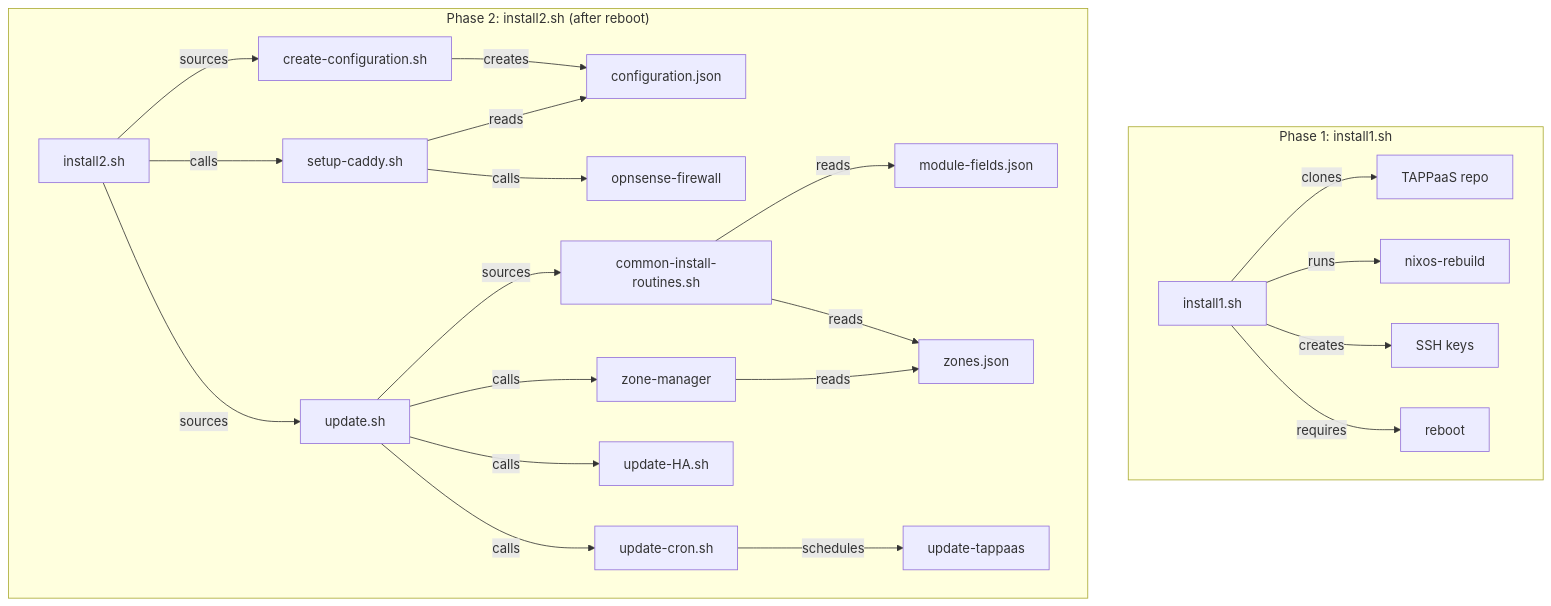
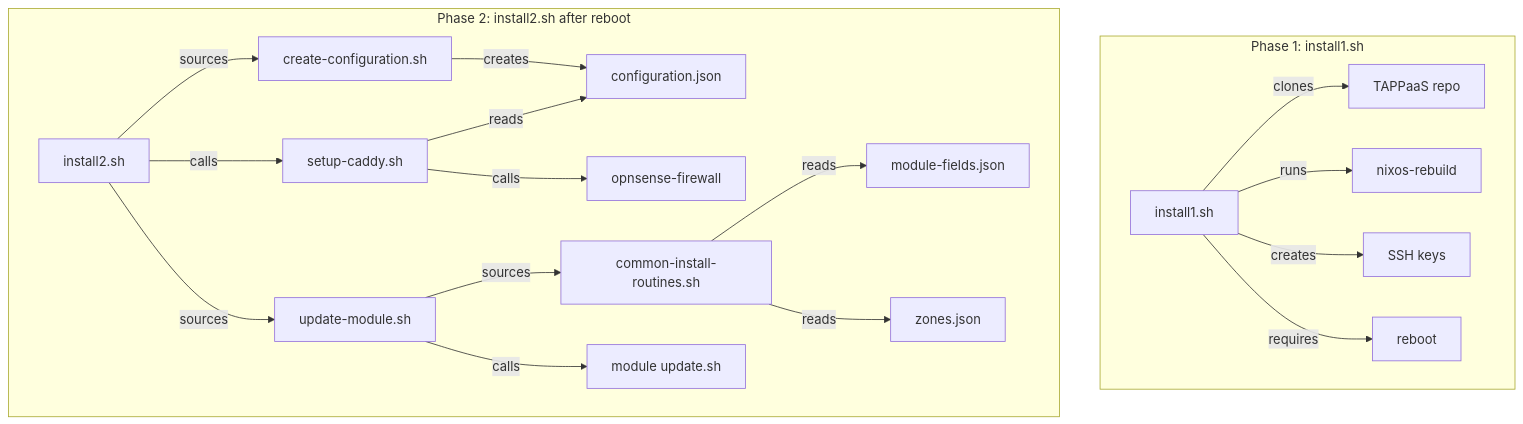
The first of 8 diagrams in src/foundation/DEPENDENCIES.md (TAPPaaS/TAPPaaS), drawn with Mermaid before and after one commit. The commit also changed other lines of this file and 17 other files, not shown here.

````diff
--- a/src/foundation/DEPENDENCIES.md
+++ b/src/foundation/DEPENDENCIES.md
@@ -74,32 +65,26 @@
 ```mermaid
 graph TD
     subgraph "Phase 1: install1.sh"
         A[install1.sh] -->|clones| B[TAPPaaS repo]
         A -->|runs| C[nixos-rebuild]
         A -->|creates| D[SSH keys]
         A -->|requires| E[reboot]
     end
 
-    subgraph "Phase 2: install2.sh (after reboot)"
+    subgraph "Phase 2: install2.sh after reboot"
         F[install2.sh] -->|sources| G[create-configuration.sh]
         F -->|calls| H[setup-caddy.sh]
-        F -->|sources| I[update.sh]
+        F -->|sources| I[update-module.sh]
 
         G -->|creates| J[configuration.json]
 
         H -->|reads| J
         H -->|calls| K[opnsense-firewall]
 
         I -->|sources| L[common-install-routines.sh]
-        I -->|calls| M[zone-manager]
-        I -->|calls| N[update-HA.sh]
-        I -->|calls| O[update-cron.sh]
+        I -->|calls| M["module update.sh"]
 
         L -->|reads| P[module-fields.json]
         L -->|reads| Q[zones.json]
-
-        M -->|reads| Q
-
-        O -->|schedules| R[update-tappaas]
     end
 ```
````
